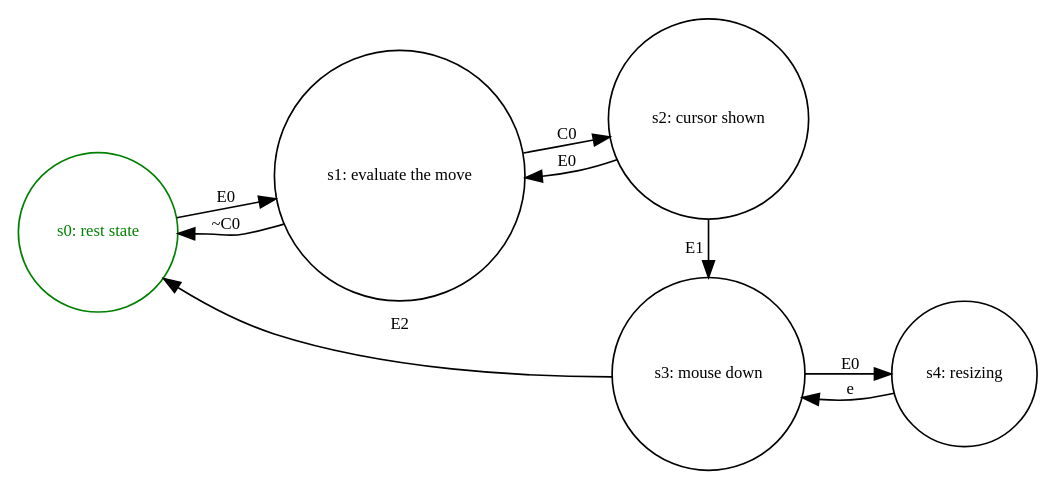
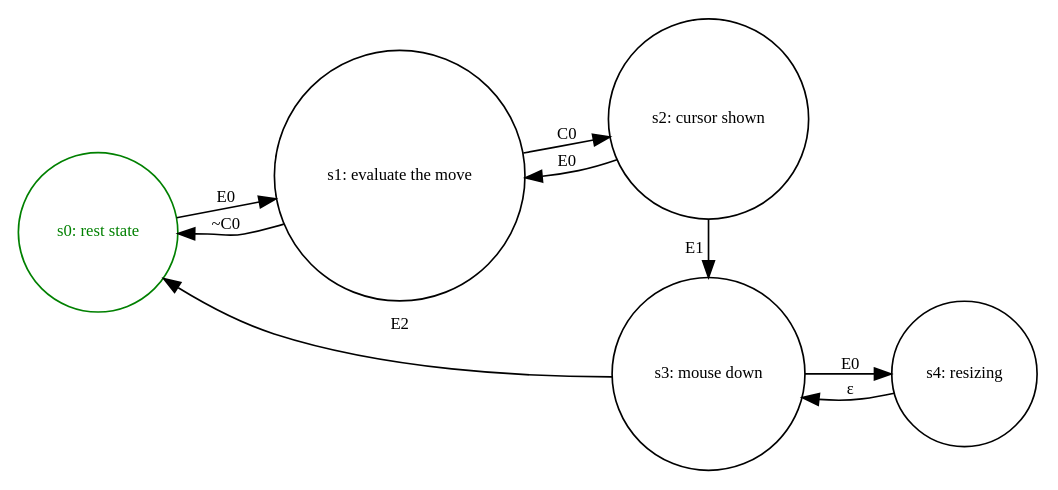
Before and after one commit to eidolonsystems/clipped_table: the diagram in source/state_machine_for_column_resizer.gv, drawn with Graphviz. The commit also changed 3 other files, not shown here.

```diff
--- a/source/state_machine_for_column_resizer.gv
+++ b/source/state_machine_for_column_resizer.gv
@@ -1,49 +1,49 @@
 digraph ColumnResizing{
   rankdir=LR;
   node [shape = circle, fontsize = 10];
   edge [ fontsize = 10];
 
   s0 [label="s0: rest state" color = green, fontcolor = green,];
   s1 [label="s1: evaluate the move"];
   s2 [label="s2: cursor shown"];
   s3 [label="s3: mouse down"];
   s4 [label="s4: resizing"];
 
   s0 -> s1 [label = "E0"];
 
   s1 -> s0 [label = "~C0"];
   s1 -> s2 [label = "C0"];
 
   s2 -> s1 [label = "E0"];
   s2 -> s3 [label = "E1"];
 
   s3 -> s0 [label = "E2"];
   s3 -> s4 [label = "E0"];
 
-  s4 -> s3 [label = "e"];
+  s4 -> s3 [label = "&#949;"];
 
   { rank=same; s2, s3 }
 }
 
 /**
 Parameters:
 currentIndex (number) - The index of the column that will be resized
 
 States:
 s0: Staring state.
 s1: Evaluate if the cursor is in the active region.
 - set currentIndex to -1 if it isn't in the active region, 
 - otherwise set it to the appropriate index
 s2: Show the cursor.
 s3: Mouse is down.
 - Wait for the mouse to move so a resize can happen
 s4: Resizing
 - get the distance the mouse was moved on the x-axis
 - resize the column whose index is at currentIndex 
 
 C0 - Mouse is inside active region.
 E0 - Mouse move.
 E1 - Mouse down.
 E2 - Mouse up.
 
 */
```
